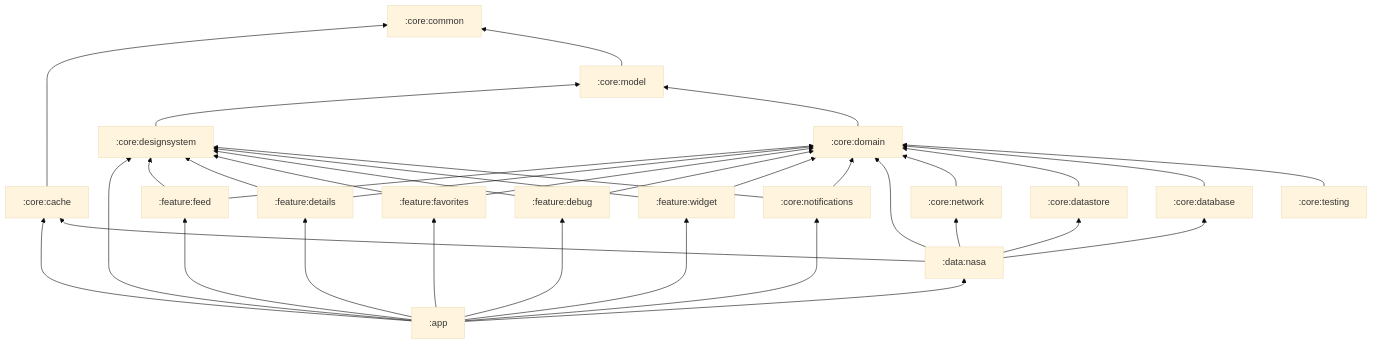
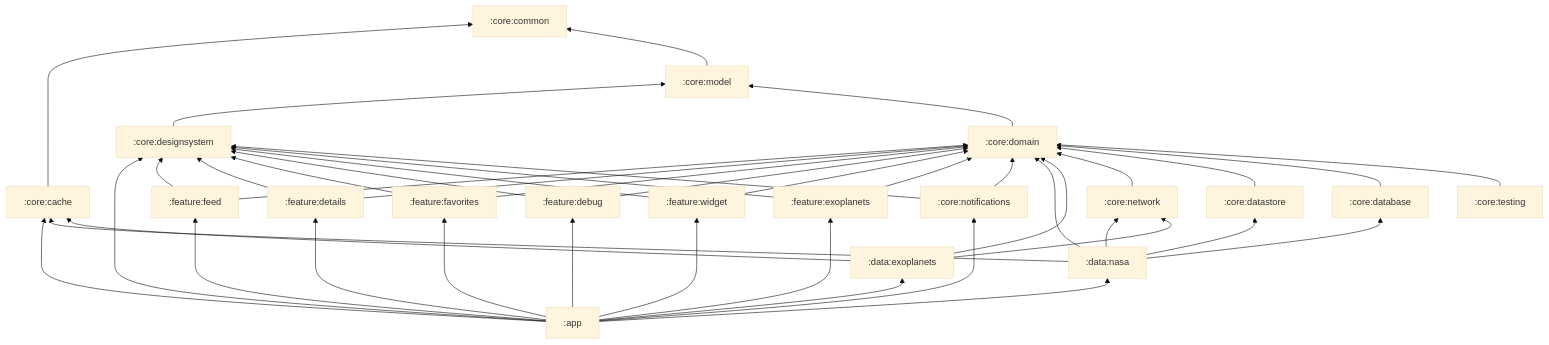
The second of 6 diagrams in README.md (radustavila/Universe-Explorer), drawn with Mermaid (base theme) before and after one commit. The commit also changed other lines of this file and 59 other files, not shown here.

````diff
--- a/README.md
+++ b/README.md
@@ -112,62 +113,72 @@
 ```mermaid
 flowchart BT
     app[":app"]
 
     feedF[":feature:feed"]
     detailsF[":feature:details"]
     favoritesF[":feature:favorites"]
     debugF[":feature:debug"]
     widgetF[":feature:widget"]
+    exoplanetsF[":feature:exoplanets"]
 
     nasa[":data:nasa"]
+    exoplanets[":data:exoplanets"]
 
     network[":core:network"]
     database[":core:database"]
     datastore[":core:datastore"]
     cache[":core:cache"]
     designsystem[":core:designsystem"]
     notifications[":core:notifications"]
     domain[":core:domain"]
     model[":core:model"]
     common[":core:common"]
     testing[":core:testing"]
 
     app --> feedF
     app --> detailsF
     app --> favoritesF
     app --> debugF
     app --> widgetF
+    app --> exoplanetsF
+    app --> exoplanets
     app --> notifications
     app --> nasa
     app --> cache
     app --> designsystem
 
     feedF --> domain
     feedF --> designsystem
     detailsF --> domain
     detailsF --> designsystem
     favoritesF --> domain
     favoritesF --> designsystem
     debugF --> domain
     debugF --> designsystem
     widgetF --> domain
     widgetF --> designsystem
+    exoplanetsF --> domain
+    exoplanetsF --> designsystem
     notifications --> domain
     notifications --> designsystem
 
     nasa --> domain
     nasa --> network
     nasa --> database
     nasa --> datastore
     nasa --> cache
+
+    exoplanets --> domain
+    exoplanets --> network
+    exoplanets --> cache
 
     network --> domain
     datastore --> domain
     database --> domain
     cache --> common
     designsystem --> model
     domain --> model
     model --> common
 
     testing --> domain
 ```
````
